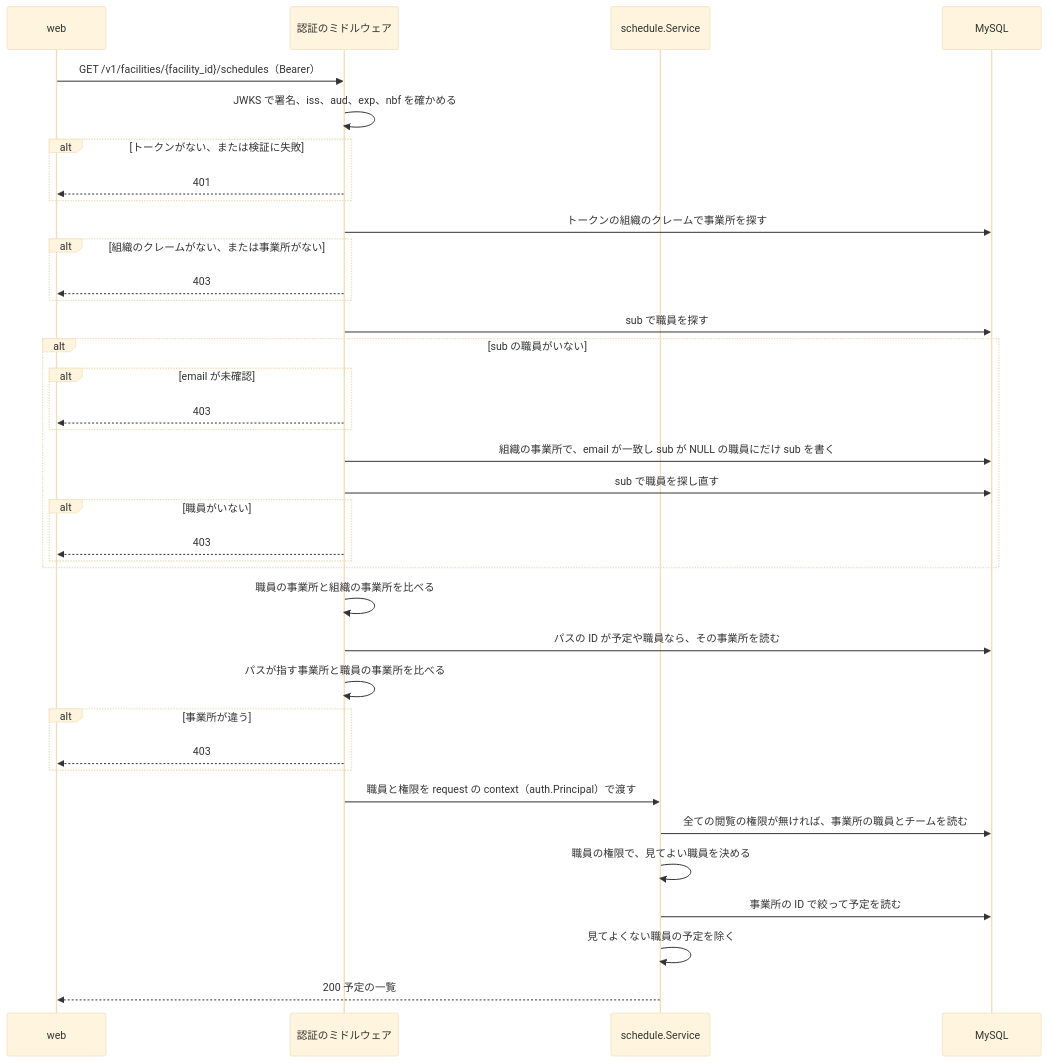
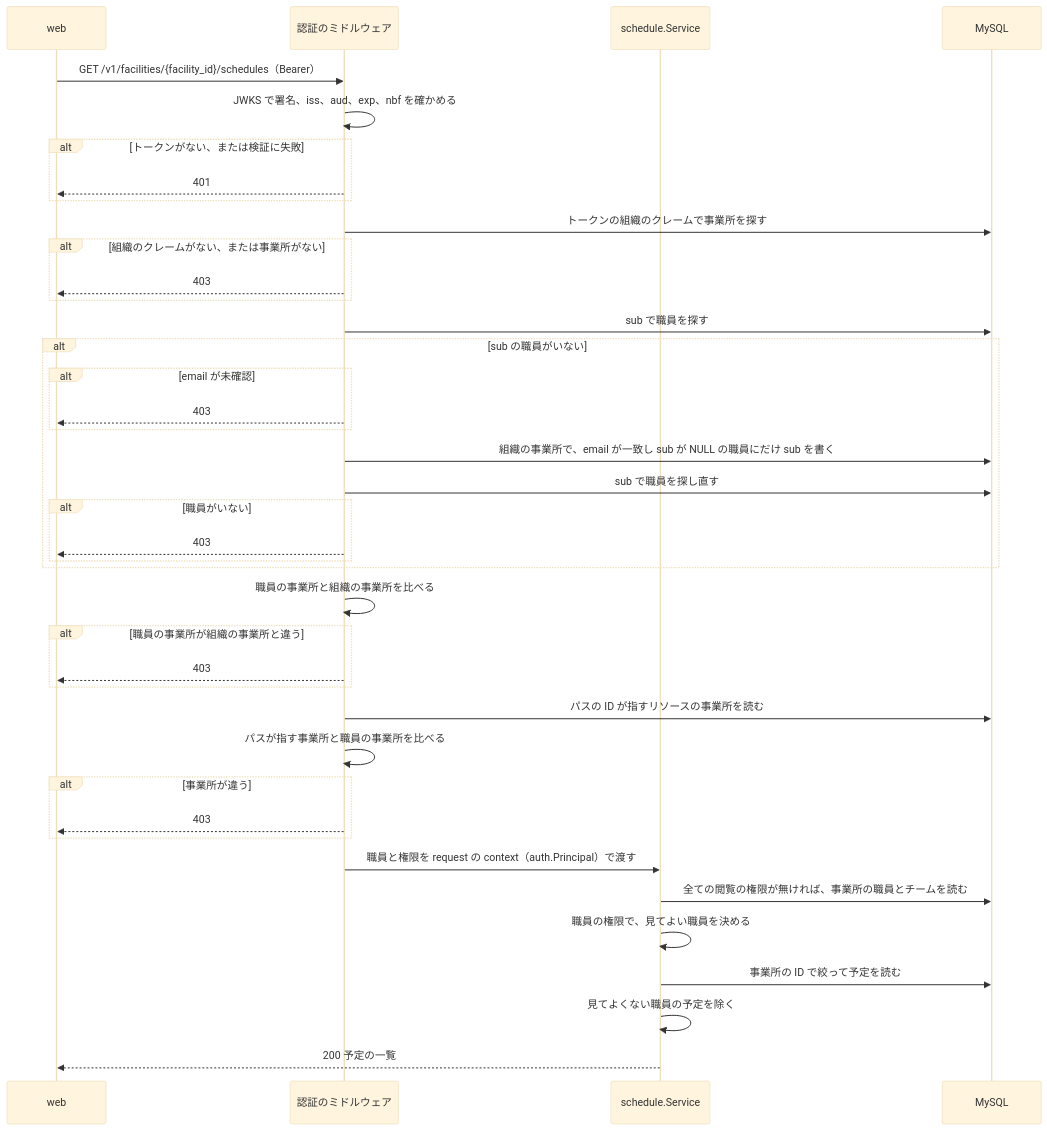
One commit to Fukuemon/buddy changed the second of 2 diagrams in apps/schedule-api/DesignDoc.md. Above: the diagram before and after it, drawn with Mermaid (base theme). The commit also changed other lines of this file, not shown here.

````diff
--- a/apps/schedule-api/DesignDoc.md
+++ b/apps/schedule-api/DesignDoc.md
@@ -136,40 +145,43 @@
 ```mermaid
 sequenceDiagram
   participant W as web
   participant M as 認証のミドルウェア
   participant U as schedule.Service
   participant DB as MySQL
 
   W->>M: GET /v1/facilities/{facility_id}/schedules（Bearer）
   M->>M: JWKS で署名、iss、aud、exp、nbf を確かめる
   alt トークンがない、または検証に失敗
     M-->>W: 401
   end
   M->>DB: トークンの組織のクレームで事業所を探す
   alt 組織のクレームがない、または事業所がない
     M-->>W: 403
   end
   M->>DB: sub で職員を探す
   alt sub の職員がいない
     alt email が未確認
       M-->>W: 403
     end
     M->>DB: 組織の事業所で、email が一致し sub が NULL の職員にだけ sub を書く
     M->>DB: sub で職員を探し直す
     alt 職員がいない
       M-->>W: 403
     end
   end
   M->>M: 職員の事業所と組織の事業所を比べる
-  M->>DB: パスの ID が予定や職員なら、その事業所を読む
+  alt 職員の事業所が組織の事業所と違う
+    M-->>W: 403
+  end
+  M->>DB: パスの ID が指すリソースの事業所を読む
   M->>M: パスが指す事業所と職員の事業所を比べる
   alt 事業所が違う
     M-->>W: 403
   end
   M->>U: 職員と権限を request の context（auth.Principal）で渡す
   U->>DB: 全ての閲覧の権限が無ければ、事業所の職員とチームを読む
   U->>U: 職員の権限で、見てよい職員を決める
   U->>DB: 事業所の ID で絞って予定を読む
   U->>U: 見てよくない職員の予定を除く
   U-->>W: 200 予定の一覧
 ```
````
